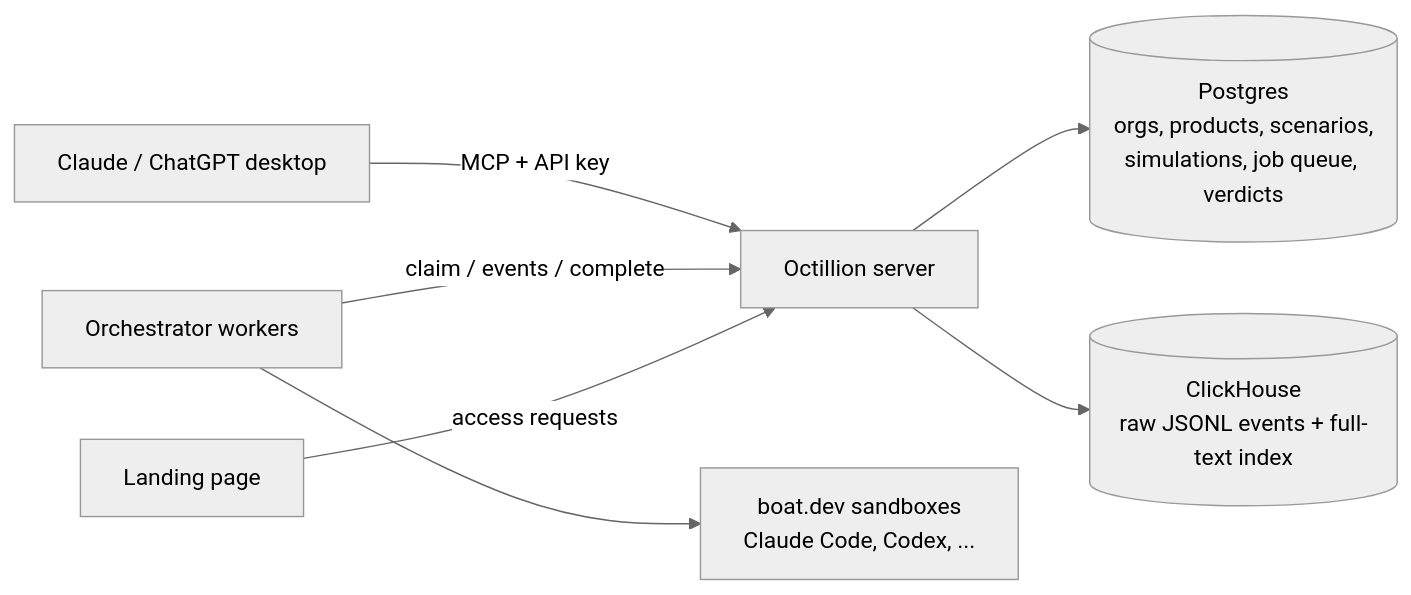
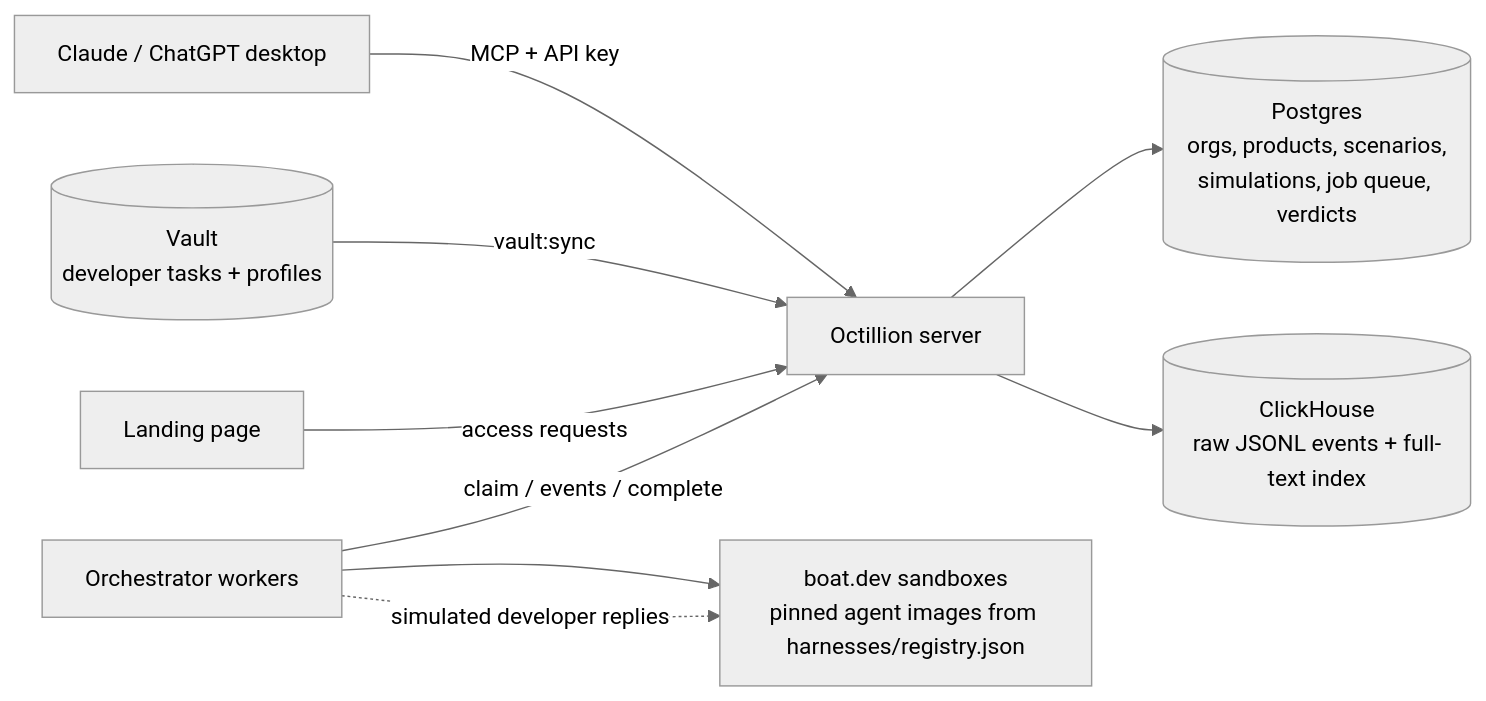
One commit to never2average/octillion changed the diagram in README.md. Above: the diagram before and after it, drawn with Mermaid (neutral theme). The commit also changed other lines of this file and 9 other files, not shown here.

First line of the commit message:
Sample worker agents by real-world adoption; developer profiles and task library from the vault

````diff
--- a/README.md
+++ b/README.md
@@ -22,9 +31,11 @@
 ```mermaid
 flowchart LR
   Host[Claude / ChatGPT desktop] -- MCP + API key --> S[Octillion server]
   S --> PG[(Postgres<br/>orgs, products, scenarios,<br/>simulations, job queue, verdicts)]
   O[Orchestrator workers] -- claim / events / complete --> S
-  O --> SB[boat.dev sandboxes<br/>Claude Code, Codex, ...]
+  O --> SB[boat.dev sandboxes<br/>pinned agent images from harnesses/registry.json]
+  O -. simulated developer replies .-> SB
+  V[(Vault<br/>developer tasks + profiles)] -- vault:sync --> S
   S --> CH[(ClickHouse<br/>raw JSONL events + full-text index)]
   W[Landing page] -- access requests --> S
 ```
````
